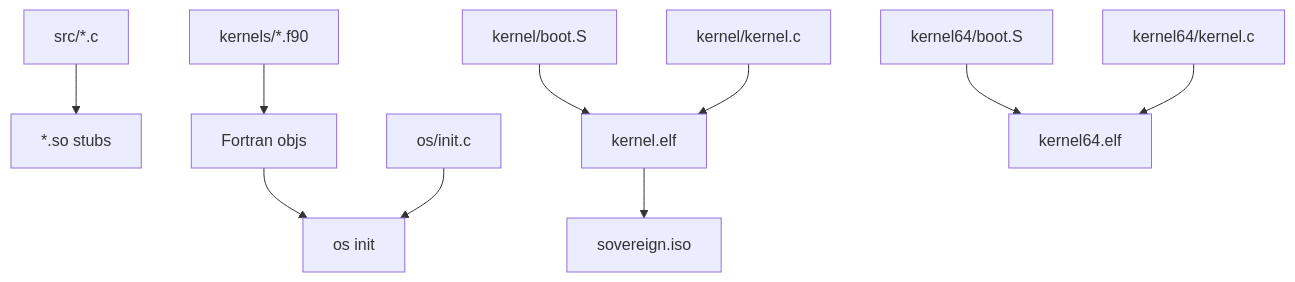
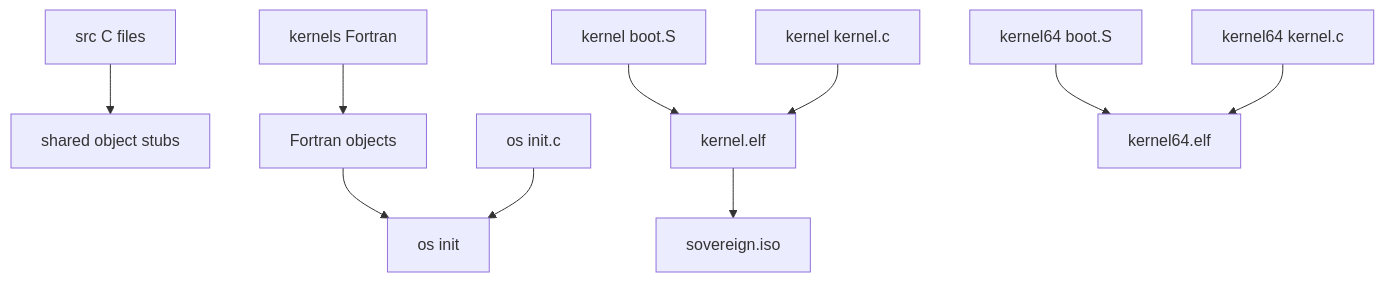
One commit to AHMADALIPARR/preeny-sovereign changed the third of 5 diagrams in docs/ARCHITECTURE.md. Above: the diagram before and after it, drawn with Mermaid. The commit also changed other lines of this file, not shown here.

Commit message:
Fix architecture doc: no broken SVG embeds, safe mermaid syntax

````diff
--- a/docs/ARCHITECTURE.md
+++ b/docs/ARCHITECTURE.md
@@ -44,12 +61,12 @@
 ```mermaid
 flowchart TB
-    src_c["src/*.c"] --> stubs["*.so stubs"]
-    kernels_f["kernels/*.f90"] --> fkernels["Fortran objs"]
-    fkernels --> init["os init"]
-    os_c["os/init.c"] --> init
-    k_boot["kernel/boot.S"] --> k32["kernel.elf"]
-    k_c["kernel/kernel.c"] --> k32
-    k64_boot["kernel64/boot.S"] --> k64["kernel64.elf"]
-    k64_c["kernel64/kernel.c"] --> k64
-    k32 --> iso["sovereign.iso"]
+    src_c[src C files] --> stubs[shared object stubs]
+    kernels_f[kernels Fortran] --> fkernels[Fortran objects]
+    fkernels --> init[os init]
+    os_c[os init.c] --> init
+    k_boot[kernel boot.S] --> k32[kernel.elf]
+    k_c[kernel kernel.c] --> k32
+    k64_boot[kernel64 boot.S] --> k64[kernel64.elf]
+    k64_c[kernel64 kernel.c] --> k64
+    k32 --> iso[sovereign.iso]
 ```
````
